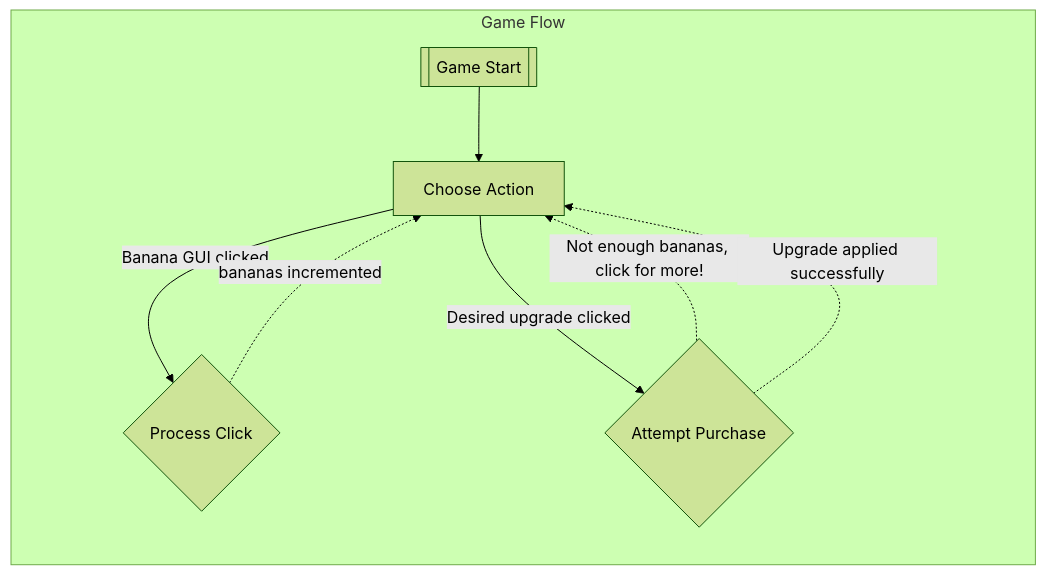
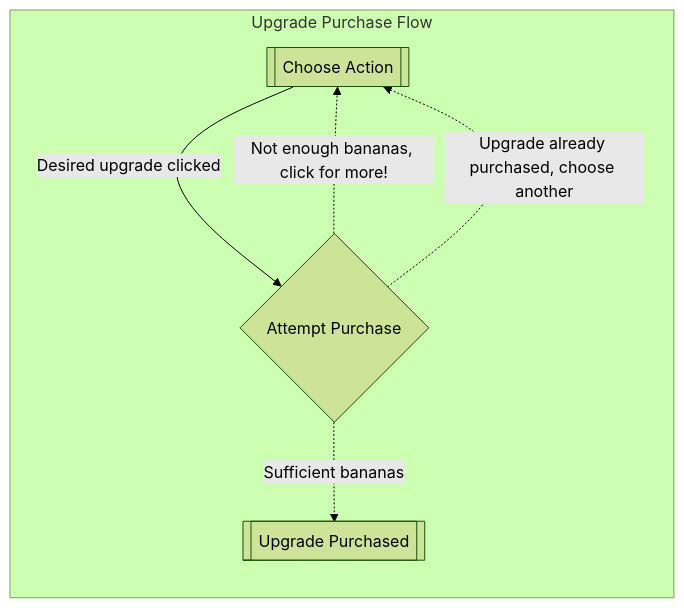
Before and after one commit to LiamMcCausland/Banana-Clicker: the second of 2 diagrams in flows.md, drawn with Mermaid (forest theme). The commit also changed other lines of this file and 1 other file, not shown here.

Commit message:
Updated flow and domain based on feedback.

````diff
--- a/flows.md
+++ b/flows.md
@@ -13,22 +30,14 @@
 ```mermaid
-flowchart 
-    subgraph Game Flow 
+    flowchart TB
+    subgraph Upgrade Purchase Flow
         direction TB
-        gameStart[[Game Start]]
-        getAction[Choose Action]
-        incrementBanana{Process Click}
+        getAction2[[Choose Action]]
+        purchaseU{Attempt Purchase}
+        purchaseSuccess[[Upgrade Purchased]]
 
-        purchaseU{Attempt Purchase}
-        
-        gameStart --> getAction
-
-        %% Banana Logic
-        getAction -- Banana GUI clicked --> incrementBanana
-        incrementBanana -. bananas incremented .-> getAction
-
-        %% Shop Logic
-        getAction -- Desired upgrade clicked --> purchaseU
-        purchaseU -. Not enough bananas, click for more! .-> getAction
-        purchaseU -. Upgrade applied successfully  .-> getAction
-end
+        getAction2 -- Desired upgrade clicked --> purchaseU
+        purchaseU -. Not enough bananas, click for more! .-> getAction2
+        purchaseU -. Upgrade already purchased, choose another .-> getAction2
+        purchaseU -. Sufficient bananas .-> purchaseSuccess
+    end
 ```
````
